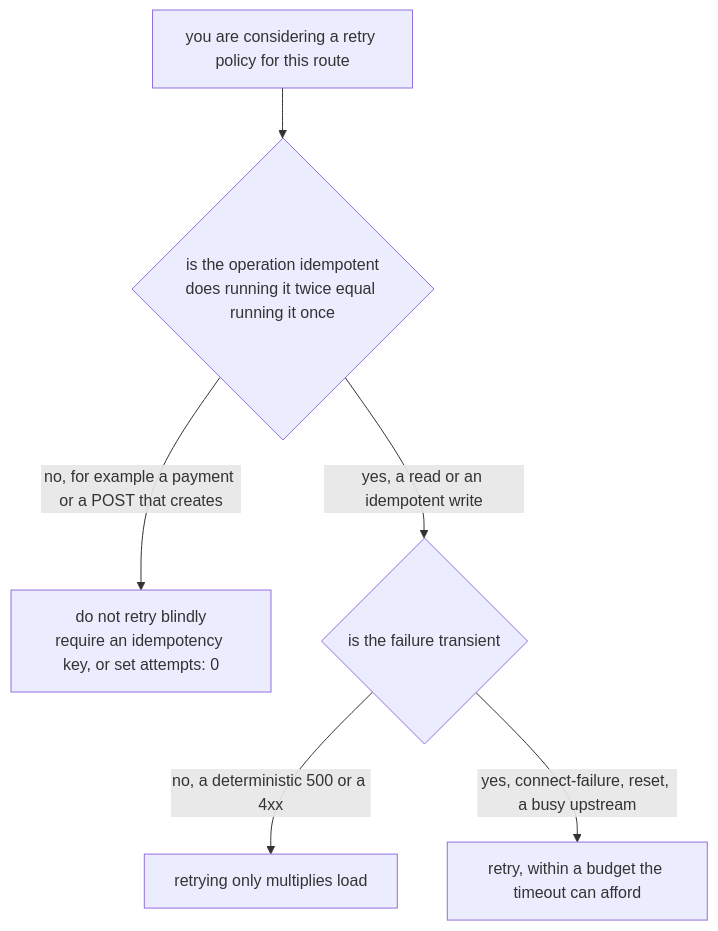
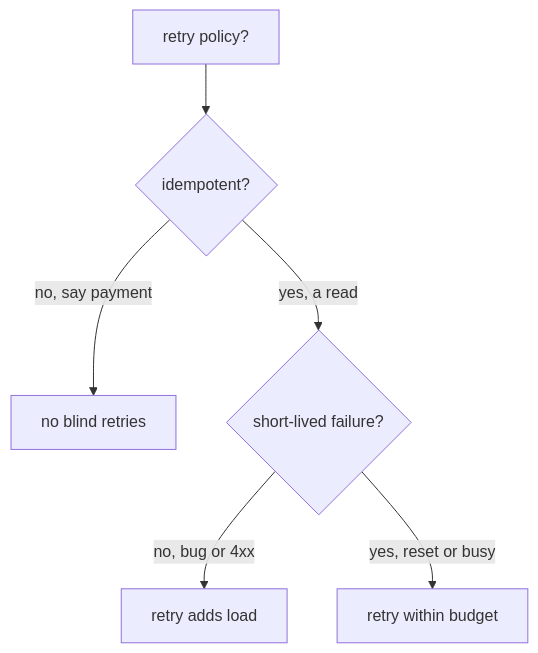
Before and after one commit to astrona-io/ATS014: the diagram in sections/section-040/module-01/course-03-the-shared-budget-and-idempotency.md, drawn with Mermaid. The commit also changed other lines of this file and 444 other files, not shown here.

````diff
--- a/sections/section-040/module-01/course-03-the-shared-budget-and-idempotency.md
+++ b/sections/section-040/module-01/course-03-the-shared-budget-and-idempotency.md
@@ -92,8 +114,8 @@
 ```mermaid
-flowchart TD
-    R["you are considering a retry policy for this route"] --> I{"is the operation idempotent<br/>does running it twice equal running it once"}
-    I -->|"no, for example a payment or a POST that creates"| N["do not retry blindly<br/>require an idempotency key, or set attempts: 0"]
-    I -->|"yes, a read or an idempotent write"| T{"is the failure transient"}
-    T -->|"no, a deterministic 500 or a 4xx"| N2["retrying only multiplies load"]
-    T -->|"yes, connect-failure, reset, a busy upstream"| Y["retry, within a budget the timeout can afford"]
+flowchart TB
+    R["retry policy?"] --> I{"idempotent?"}
+    I -->|"no, say payment"| N["no blind retries"]
+    I -->|"yes, a read"| T{"short-lived failure?"}
+    T -->|"no, bug or 4xx"| N2["retry adds load"]
+    T -->|"yes, reset or busy"| Y["retry within budget"]
 ```
````
